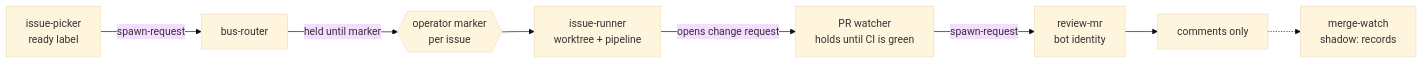
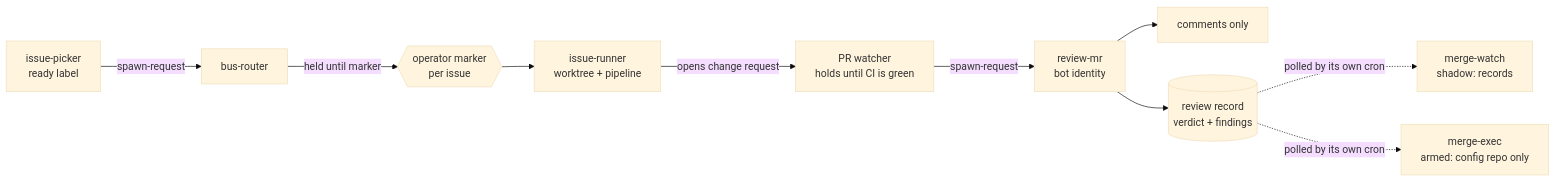
Before and after one commit to mxwerk/mxwerk.github.io: the diagram in content/wiki/harness/components/issue-to-pr-chain.md, drawn with Mermaid (base theme). The commit also changed other lines of this file and 9 other files, not shown here.

````diff
--- a/content/wiki/harness/components/issue-to-pr-chain.md
+++ b/content/wiki/harness/components/issue-to-pr-chain.md
@@ -45,10 +50,12 @@
 ```mermaid
 flowchart LR
   P["issue-picker<br/>ready label"] -->|spawn-request| R["bus-router"]
   R -->|held until marker| H{{"operator marker<br/>per issue"}}
   H --> I["issue-runner<br/>worktree + pipeline"]
   I -->|opens change request| Q["PR watcher<br/>holds until CI is green"]
   Q -->|spawn-request| V["review-mr<br/>bot identity"]
   V --> C["comments only"]
-  C -.-> M["merge-watch<br/>shadow: records"]
+  V --> D[("review record<br/>verdict + findings")]
+  D -.->|polled by its own cron| M["merge-watch<br/>shadow: records"]
+  D -.->|polled by its own cron| E["merge-exec<br/>armed: config repo only"]
 ```
````
